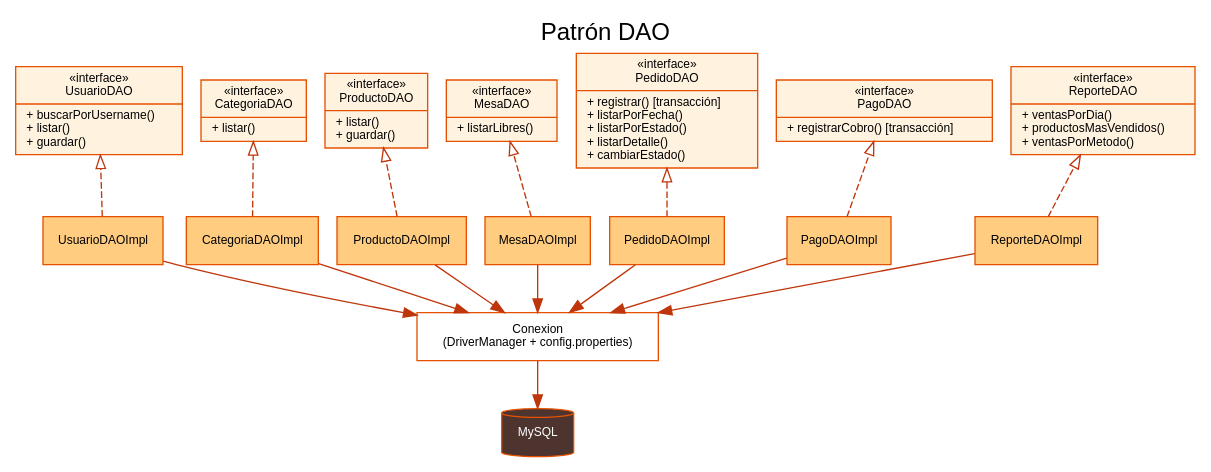
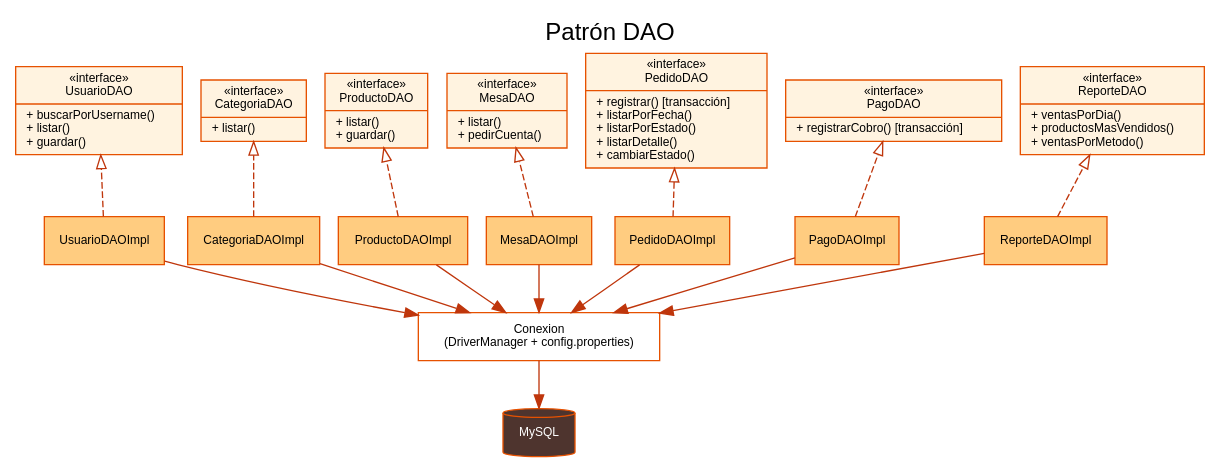
Before and after one commit to tonylee-ops/don-caffeto-apf3: the diagram in docs/diagramas/dao.dot, drawn with Graphviz. The commit also changed 317 other files, not shown here.

```diff
--- a/docs/diagramas/dao.dot
+++ b/docs/diagramas/dao.dot
@@ -1,20 +1,20 @@
 digraph DAO {
   rankdir=BT; fontname="Helvetica"; label="Patrón DAO"; labelloc=t; fontsize=18; nodesep=0.2;
   node [shape=record, style=filled, fillcolor="#FFF3E0", color="#E65100", fontname="Helvetica", fontsize=9];
   edge [color="#BF360C", arrowhead=onormal, style=dashed];
   U [label="{«interface»\nUsuarioDAO|+ buscarPorUsername()\l+ listar()\l+ guardar()\l}"];
   C [label="{«interface»\nCategoriaDAO|+ listar()\l}"];
   P [label="{«interface»\nProductoDAO|+ listar()\l+ guardar()\l}"];
-  M [label="{«interface»\nMesaDAO|+ listarLibres()\l}"];
+  M [label="{«interface»\nMesaDAO|+ listar()\l+ pedirCuenta()\l}"];
   D [label="{«interface»\nPedidoDAO|+ registrar()  [transacción]\l+ listarPorFecha()\l+ listarPorEstado()\l+ listarDetalle()\l+ cambiarEstado()\l}"];
   G [label="{«interface»\nPagoDAO|+ registrarCobro()  [transacción]\l}"];
   R [label="{«interface»\nReporteDAO|+ ventasPorDia()\l+ productosMasVendidos()\l+ ventasPorMetodo()\l}"];
   node [shape=box, fillcolor="#FFCC80"];
   UI [label="UsuarioDAOImpl"]; CI [label="CategoriaDAOImpl"]; PI [label="ProductoDAOImpl"]; MI [label="MesaDAOImpl"];
   DI [label="PedidoDAOImpl"]; GI [label="PagoDAOImpl"]; RI [label="ReporteDAOImpl"];
   UI -> U; CI -> C; PI -> P; MI -> M; DI -> D; GI -> G; RI -> R;
   X [label="Conexion\n(DriverManager + config.properties)", fillcolor="#FFFFFF"];
   BD [shape=cylinder, fillcolor="#4E342E", fontcolor=white, label="MySQL"];
   edge [style=solid, arrowhead=vee, dir=back];
   X -> UI; X -> CI; X -> PI; X -> MI; X -> DI; X -> GI; X -> RI; BD -> X;
 }
```
